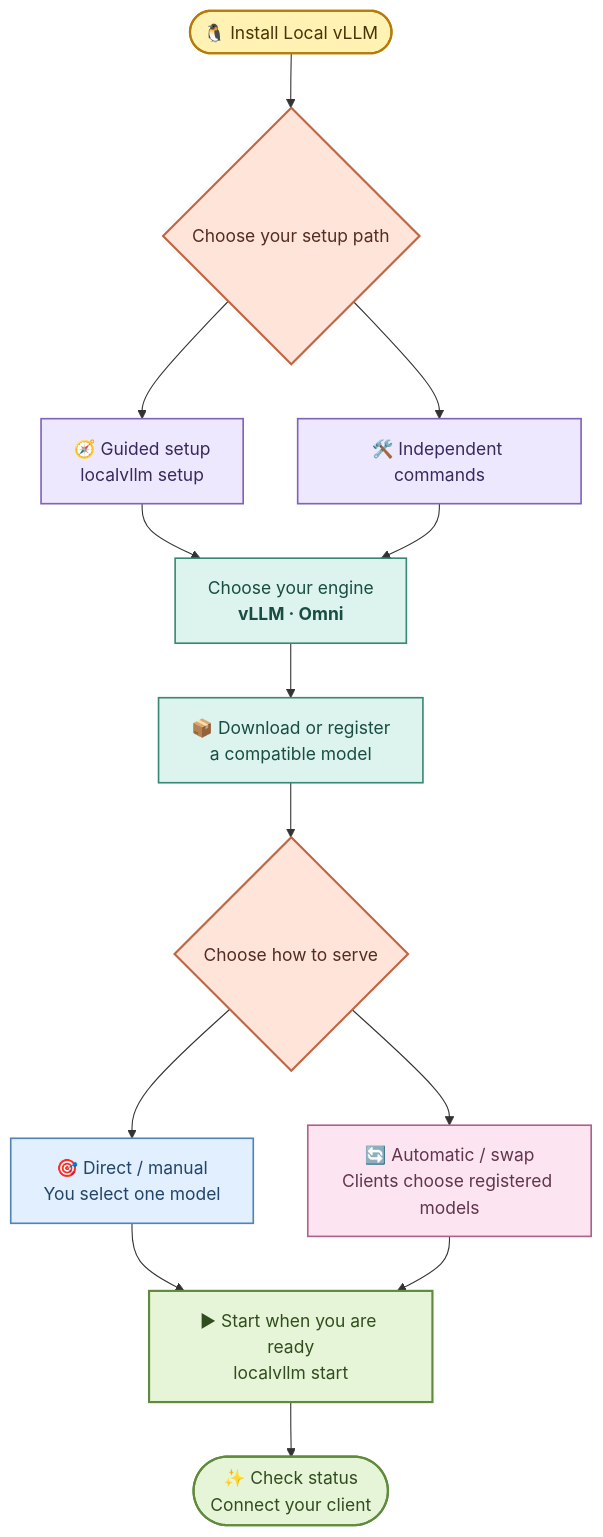
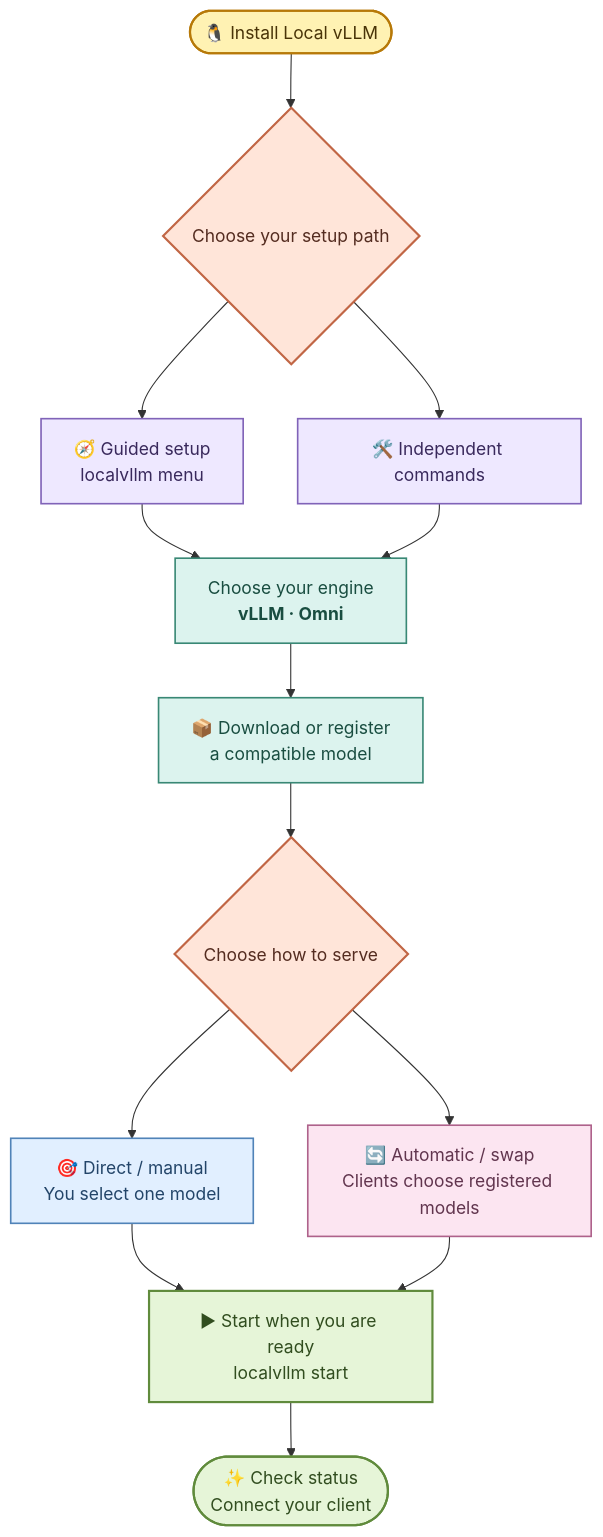
The diagram in README.md (hossbit/local-ai-server-vllm), drawn with Mermaid before and after one commit. The commit also changed other lines of this file and 9 other files, not shown here.

````diff
--- a/README.md
+++ b/README.md
@@ -89,31 +89,31 @@
 ```mermaid
 flowchart TD
     A(["🐧 Install Local vLLM"]) --> B{"Choose your setup path"}
-    B --> C["🧭 Guided setup<br/>localvllm setup"]
+    B --> C["🧭 Guided setup<br/>localvllm menu"]
     B --> D["🛠️ Independent commands"]
     C --> E["Choose your engine<br/><b>vLLM · Omni</b>"]
     D --> E
     E --> F["📦 Download or register<br/>a compatible model"]
     F --> G{"Choose how to serve"}
     G --> H["🎯 Direct / manual<br/>You select one model"]
     G --> I["🔄 Automatic / swap<br/>Clients choose registered models"]
     H --> J["▶ Start when you are ready<br/>localvllm start"]
     I --> J
     J --> K(["✨ Check status<br/>Connect your client"])
 
     classDef welcome fill:#fff2b3,stroke:#b77908,color:#493408,stroke-width:2px
     classDef choice fill:#ffe5d9,stroke:#c16645,color:#542c20,stroke-width:2px
     classDef setup fill:#eee8ff,stroke:#8063b8,color:#39295c,stroke-width:1.5px
     classDef model fill:#dcf3ee,stroke:#398875,color:#194d40,stroke-width:1.5px
     classDef direct fill:#e1efff,stroke:#5083b8,color:#234569,stroke-width:1.5px
     classDef swap fill:#fce5f1,stroke:#ae628b,color:#61354e,stroke-width:1.5px
     classDef ready fill:#e6f5d8,stroke:#608b3c,color:#314d1f,stroke-width:2px
 
     class A welcome
     class B,G choice
     class C,D setup
     class E,F model
     class H direct
     class I swap
     class J,K ready
 ```
````
